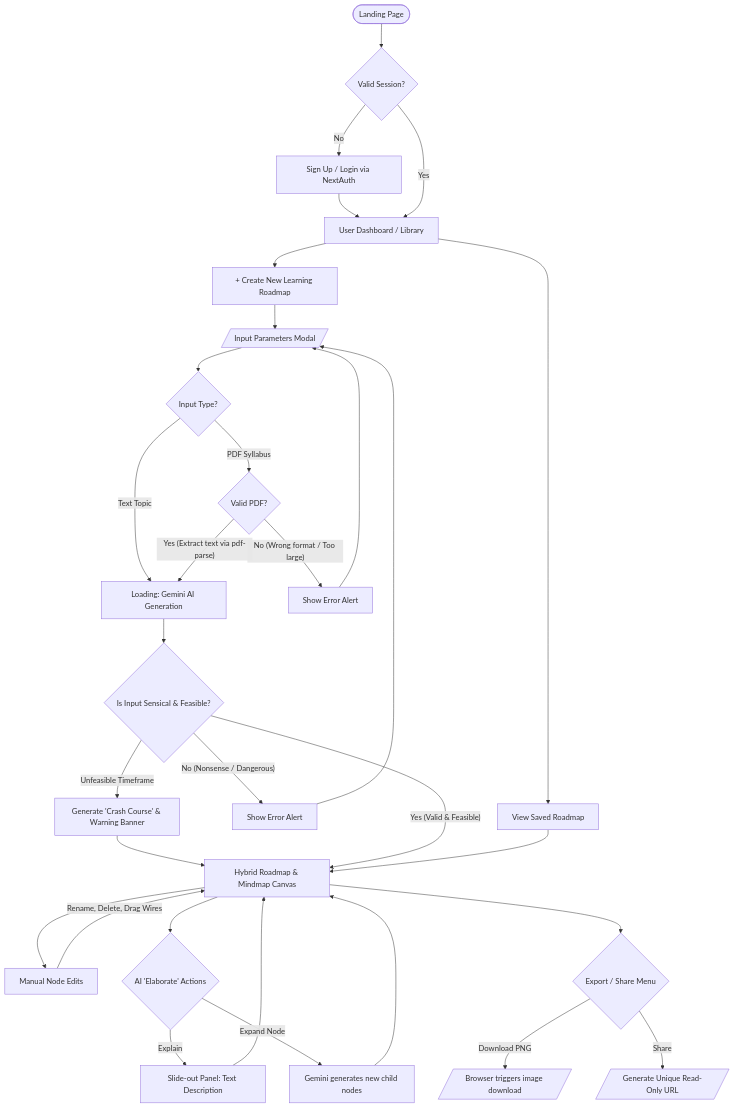
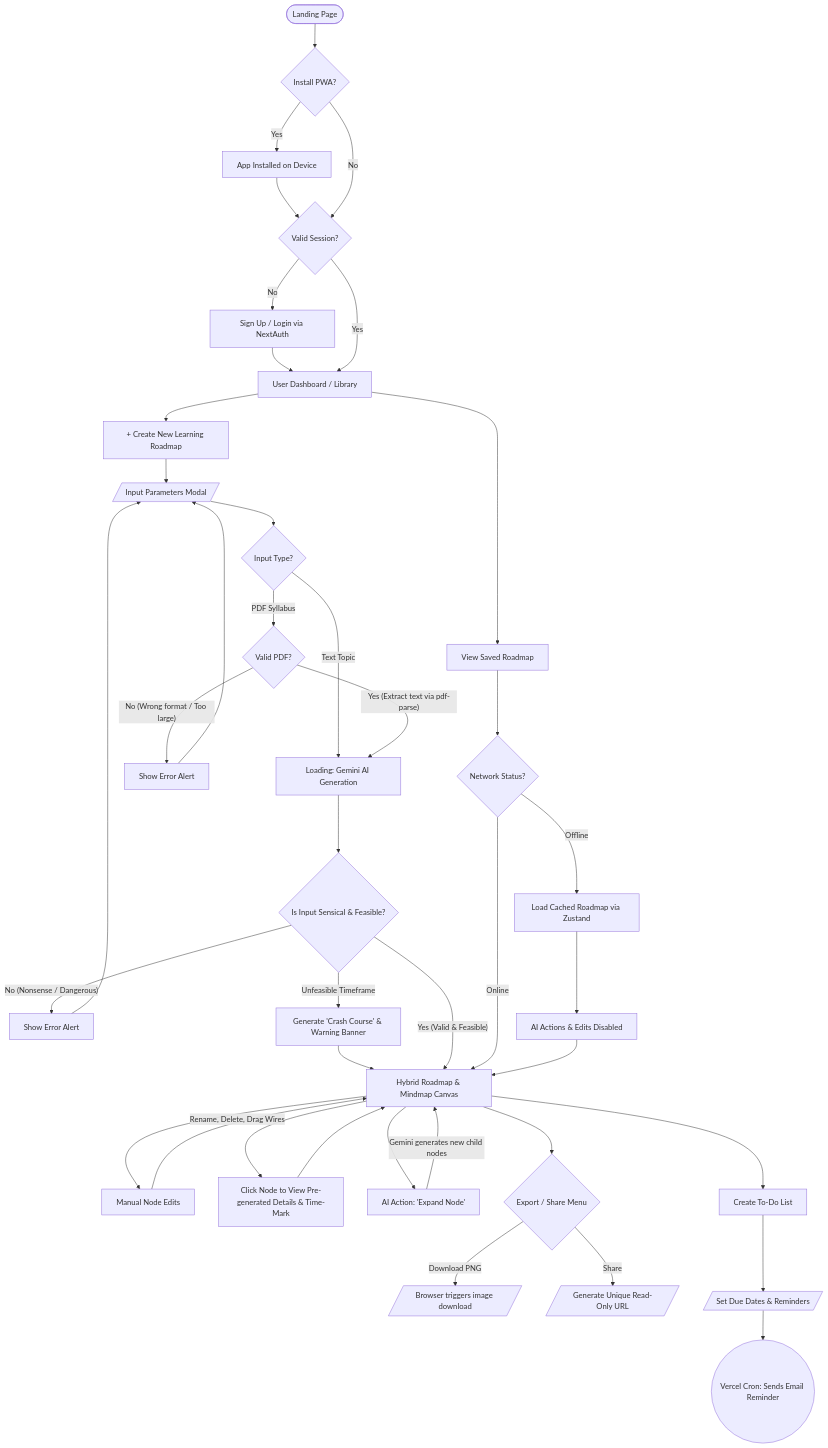
The diagram in user_flow.md (abdzufar/SecondMind), drawn with Mermaid before and after one commit. The commit also changed 3 other files, not shown here.

````diff
--- a/user_flow.md
+++ b/user_flow.md
@@ -3,46 +3,56 @@
 ```mermaid
 graph TD
-    A([Landing Page]) --> B{Valid Session?}
+    A([Landing Page]) --> A1{Install PWA?}
+    A1 -- "Yes" --> A2[App Installed on Device]
+    A2 --> B{Valid Session?}
+    A1 -- "No" --> B
     B -- No --> C[Sign Up / Login via NextAuth]
     C --> D[User Dashboard / Library]
     B -- Yes --> D
 
     D --> E[View Saved Roadmap]
     D --> F[+ Create New Learning Roadmap]
 
     F --> G[/Input Parameters Modal/]
     
     G --> G1{Input Type?}
     G1 -- Text Topic --> H[Loading: Gemini AI Generation]
     G1 -- PDF Syllabus --> G2{Valid PDF?}
     
     G2 -- No (Wrong format / Too large) --> G3[Show Error Alert]
     G3 --> G
     
     G2 -- Yes (Extract text via pdf-parse) --> H
     
     H --> H1{Is Input Sensical & Feasible?}
     H1 -- "No (Nonsense / Dangerous)" --> H2[Show Error Alert]
     H2 --> G
     
     H1 -- "Unfeasible Timeframe" --> H3[Generate 'Crash Course' & Warning Banner]
     H3 --> I[Hybrid Roadmap & Mindmap Canvas]
     
     H1 -- "Yes (Valid & Feasible)" --> I
     
-    E --> I
+    E --> E1{Network Status?}
+    E1 -- "Online" --> I
+    E1 -- "Offline" --> E2[Load Cached Roadmap via Zustand]
+    E2 --> E3[AI Actions & Edits Disabled]
+    E3 --> I
 
     I --> J[Manual Node Edits]
     J --> |Rename, Delete, Drag Wires| I
 
-    I --> K{AI 'Elaborate' Actions}
-    K -- "Explain" --> K1[Slide-out Panel: Text Description]
-    K -- "Expand Node" --> K2[Gemini generates new child nodes]
-    
-    K1 --> I
-    K2 --> I
+    I --> K[Click Node to View Pre-generated Details & Time-Mark]
+    K --> I
+
+    I --> K2[AI Action: 'Expand Node']
+    K2 --> |Gemini generates new child nodes| I
 
     I --> L{Export / Share Menu}
     L -- "Download PNG" --> M[/Browser triggers image download/]
     L -- "Share" --> O[/Generate Unique Read-Only URL/]
+
+    I --> P[Create To-Do List]
+    P --> Q[/Set Due Dates & Reminders/]
+    Q --> R((Vercel Cron: Sends Email Reminder))
 ```
````
